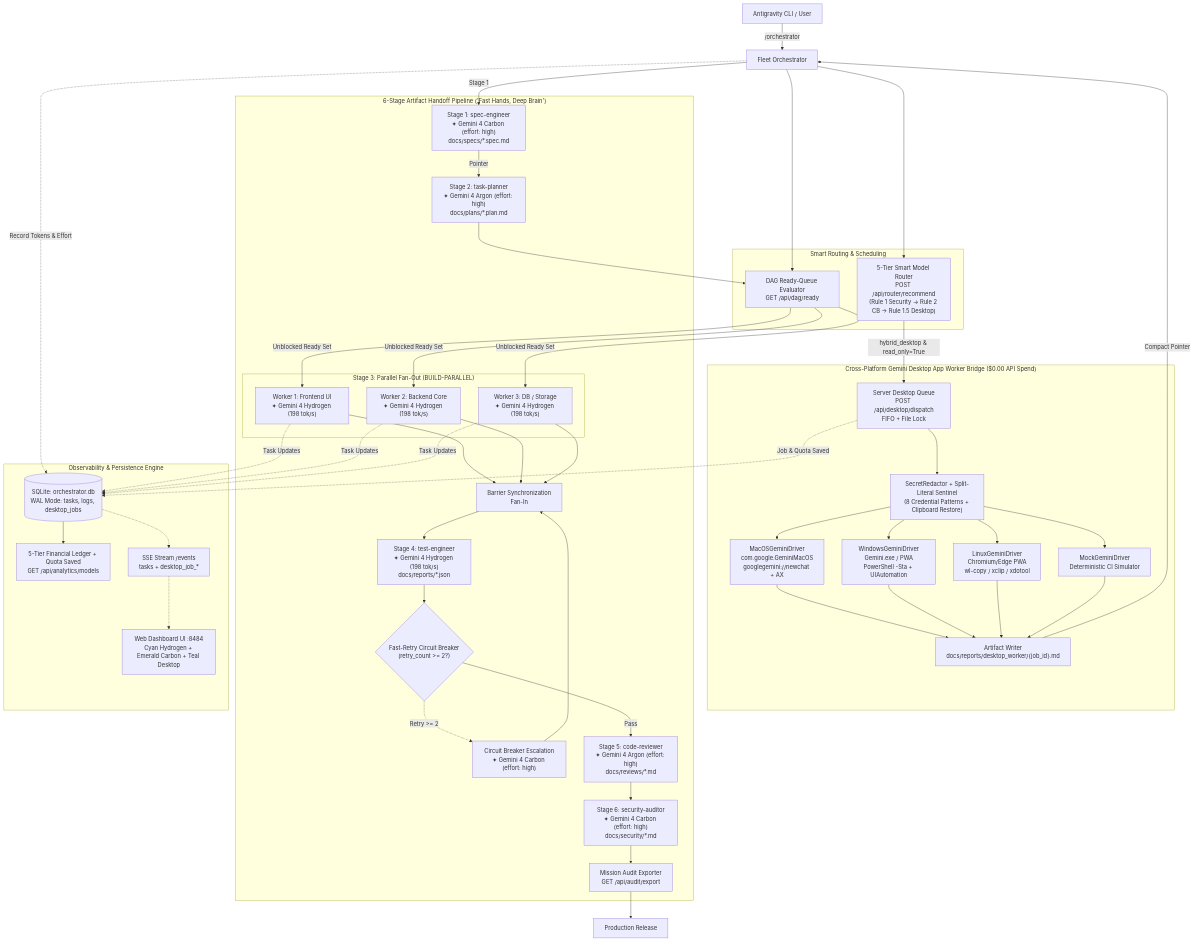
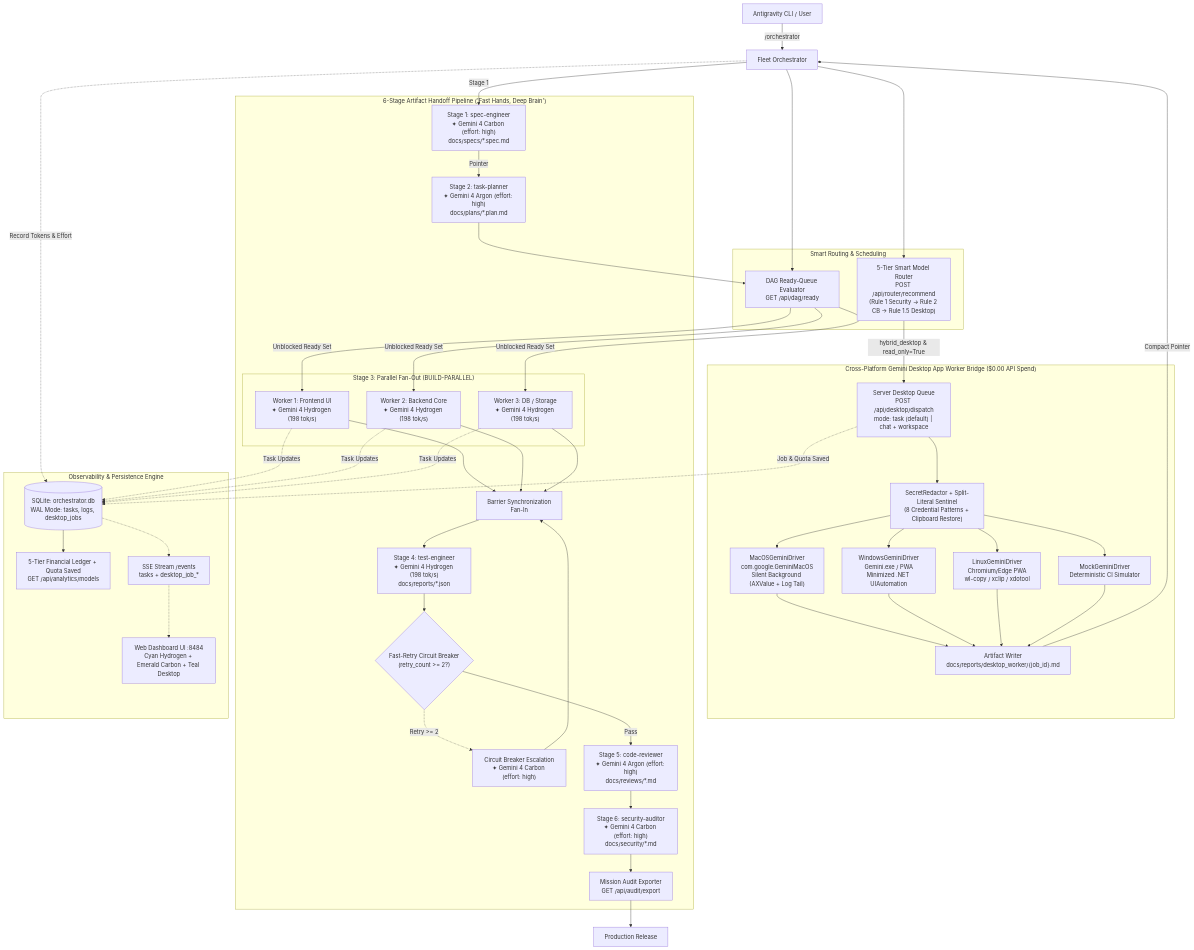
Before and after one commit to chien334/antigravity-orchestrator: the diagram in docs/ARCHITECTURE.md, drawn with Mermaid. The commit also changed other lines of this file and 4 other files, not shown here.

Commit message:
docs(desktop-worker): update skills and docs for background Task mode and workspace flags

````diff
--- a/docs/ARCHITECTURE.md
+++ b/docs/ARCHITECTURE.md
@@ -7,75 +7,75 @@
 ```mermaid
 graph TD
     Client["Antigravity CLI / User"] -->|/orchestrator| Orchestrator["Fleet Orchestrator"]
     
     subgraph Routing["Smart Routing & Scheduling"]
         Router["5-Tier Smart Model Router<br/>POST /api/router/recommend<br/>(Rule 1 Security -> Rule 2 CB -> Rule 1.5 Desktop)"]
         ReadyQueue["DAG Ready-Queue Evaluator<br/>GET /api/dag/ready"]
     end
     Orchestrator --> Router
     Orchestrator --> ReadyQueue
 
     subgraph DesktopBridge["Cross-Platform Gemini Desktop App Worker Bridge ($0.00 API Spend)"]
-        DesktopAPI["Server Desktop Queue<br/>POST /api/desktop/dispatch<br/>FIFO + File Lock"]
+        DesktopAPI["Server Desktop Queue<br/>POST /api/desktop/dispatch<br/>mode: task (default) | chat + workspace"]
         Redactor["SecretRedactor + Split-Literal Sentinel<br/>(8 Credential Patterns + Clipboard Restore)"]
-        MacDrv["MacOSGeminiDriver<br/>com.google.GeminiMacOS<br/>googlegemini://newchat + AX"]
-        WinDrv["WindowsGeminiDriver<br/>Gemini.exe / PWA<br/>PowerShell -Sta + UIAutomation"]
+        MacDrv["MacOSGeminiDriver<br/>com.google.GeminiMacOS<br/>Silent Background (AXValue + Log Tail)"]
+        WinDrv["WindowsGeminiDriver<br/>Gemini.exe / PWA<br/>Minimized .NET UIAutomation"]
         LinDrv["LinuxGeminiDriver<br/>Chromium/Edge PWA<br/>wl-copy / xclip / xdotool"]
         MockDrv["MockGeminiDriver<br/>Deterministic CI Simulator"]
         DesktopArtifact["Artifact Writer<br/>docs/reports/desktop_worker/{job_id}.md"]
     end
 
     Router -->|"hybrid_desktop & read_only=True"| DesktopAPI
     DesktopAPI --> Redactor
     Redactor --> MacDrv & WinDrv & LinDrv & MockDrv
     MacDrv & WinDrv & LinDrv & MockDrv --> DesktopArtifact
     DesktopArtifact -->|"Compact Pointer"| Orchestrator
 
     subgraph Pipeline["6-Stage Artifact Handoff Pipeline ('Fast Hands, Deep Brain')"]
         Spec["Stage 1: spec-engineer<br/>✦ Gemini 4 Carbon (effort: high)<br/>docs/specs/*.spec.md"]
         Plan["Stage 2: task-planner<br/>✦ Gemini 4 Argon (effort: high)<br/>docs/plans/*.plan.md"]
         
         subgraph Stage3["Stage 3: Parallel Fan-Out (BUILD-PARALLEL)"]
             FE["Worker 1: Frontend UI<br/>✦ Gemini 4 Hydrogen (198 tok/s)"]
             BE["Worker 2: Backend Core<br/>✦ Gemini 4 Hydrogen (198 tok/s)"]
             DB["Worker 3: DB / Storage<br/>✦ Gemini 4 Hydrogen (198 tok/s)"]
         end
 
         Barrier["Barrier Synchronization<br/>Fan-In"]
         Test["Stage 4: test-engineer<br/>✦ Gemini 4 Hydrogen (198 tok/s)<br/>docs/reports/*.json"]
         CB{"Fast-Retry Circuit Breaker<br/>(retry_count >= 2?)"}
         EscalateCarbon["Circuit Breaker Escalation<br/>✦ Gemini 4 Carbon (effort: high)"]
 
         Review["Stage 5: code-reviewer<br/>✦ Gemini 4 Argon (effort: high)<br/>docs/reviews/*.md"]
         Sec["Stage 6: security-auditor<br/>✦ Gemini 4 Carbon (effort: high)<br/>docs/security/*.md"]
         Audit["Mission Audit Exporter<br/>GET /api/audit/export"]
     end
 
     Orchestrator -->|Stage 1| Spec
     Spec -->|Pointer| Plan
     Plan --> ReadyQueue
     ReadyQueue -->|Unblocked Ready Set| FE & BE & DB
     FE & BE & DB --> Barrier
     Barrier --> Test
     Test --> CB
     CB -->|Pass| Review
     CB -.->|Retry >= 2| EscalateCarbon
     EscalateCarbon --> Barrier
     Review --> Sec
     Sec --> Audit
     Audit --> Release["Production Release"]
 
     subgraph Telemetry["Observability & Persistence Engine"]
         DB_Engine[("SQLite: orchestrator.db<br/>WAL Mode: tasks, logs, desktop_jobs")]
         Analytics["5-Tier Financial Ledger + Quota Saved<br/>GET /api/analytics/models"]
         SSE["SSE Stream /events<br/>tasks + desktop_job_*"]
         Dashboard["Web Dashboard UI :8484<br/>Cyan Hydrogen + Emerald Carbon + Teal Desktop"]
     end
 
     Orchestrator -.->|Record Tokens & Effort| DB_Engine
     FE & BE & DB -.->|Task Updates| DB_Engine
     DesktopAPI -.->|Job & Quota Saved| DB_Engine
     DB_Engine --> Analytics
     DB_Engine -.-> SSE
     SSE -.-> Dashboard
 ```
````
